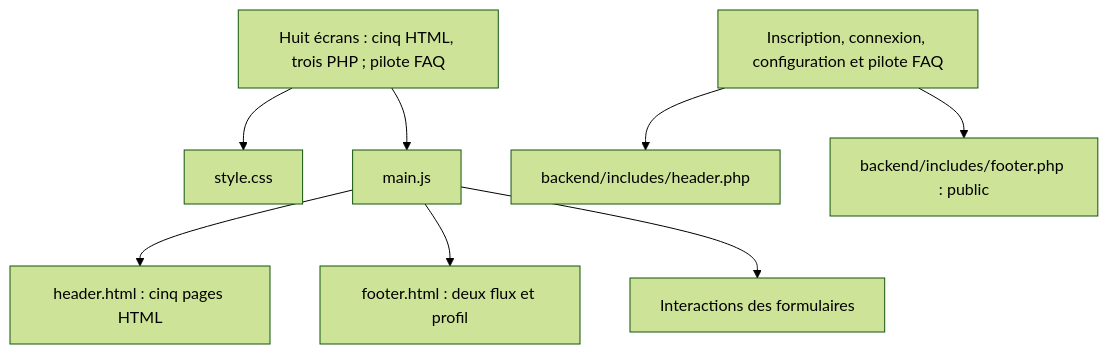
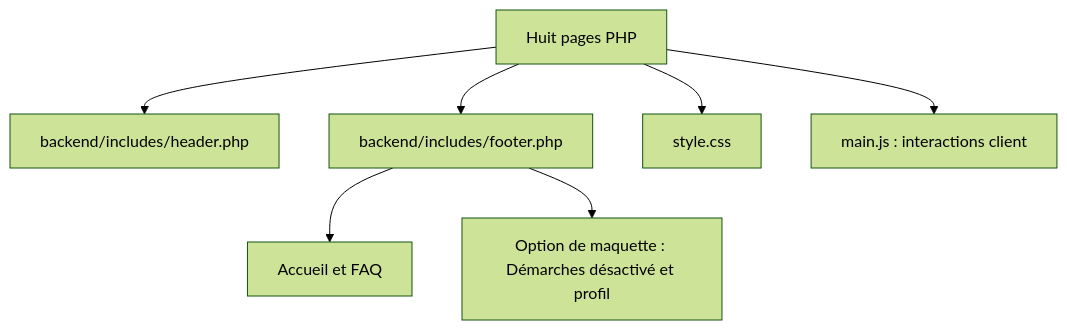
The diagram in README.md (SP-MMIBdx/M2-weux-projet-dev-ux), drawn with Mermaid (forest theme) before and after one commit. The commit also changed other lines of this file and 13 other files, not shown here.

````diff
--- a/README.md
+++ b/README.md
@@ -45,10 +45,9 @@
 ```mermaid
 flowchart TD
-    Pages["Huit écrans : cinq HTML, trois PHP ; pilote FAQ"] --> CSS["style.css"]
-    Pages --> JS["main.js"]
-    JS --> Header["header.html : cinq pages HTML"]
-    JS --> Footer["footer.html : deux flux et profil"]
-    JS --> Interactions["Interactions des formulaires"]
-    Pilot["Inscription, connexion, configuration et pilote FAQ"] --> PHPHeader["backend/includes/header.php"]
-    Pilot --> PHPFooter["backend/includes/footer.php : public"]
+    Pages["Huit pages PHP"] --> Header["backend/includes/header.php"]
+    Pages --> Footer["backend/includes/footer.php"]
+    Pages --> CSS["style.css"]
+    Pages --> JS["main.js : interactions client"]
+    Footer --> Public["Accueil et FAQ"]
+    Footer --> Demo["Option de maquette : Démarches désactivé et profil"]
 ```
````
